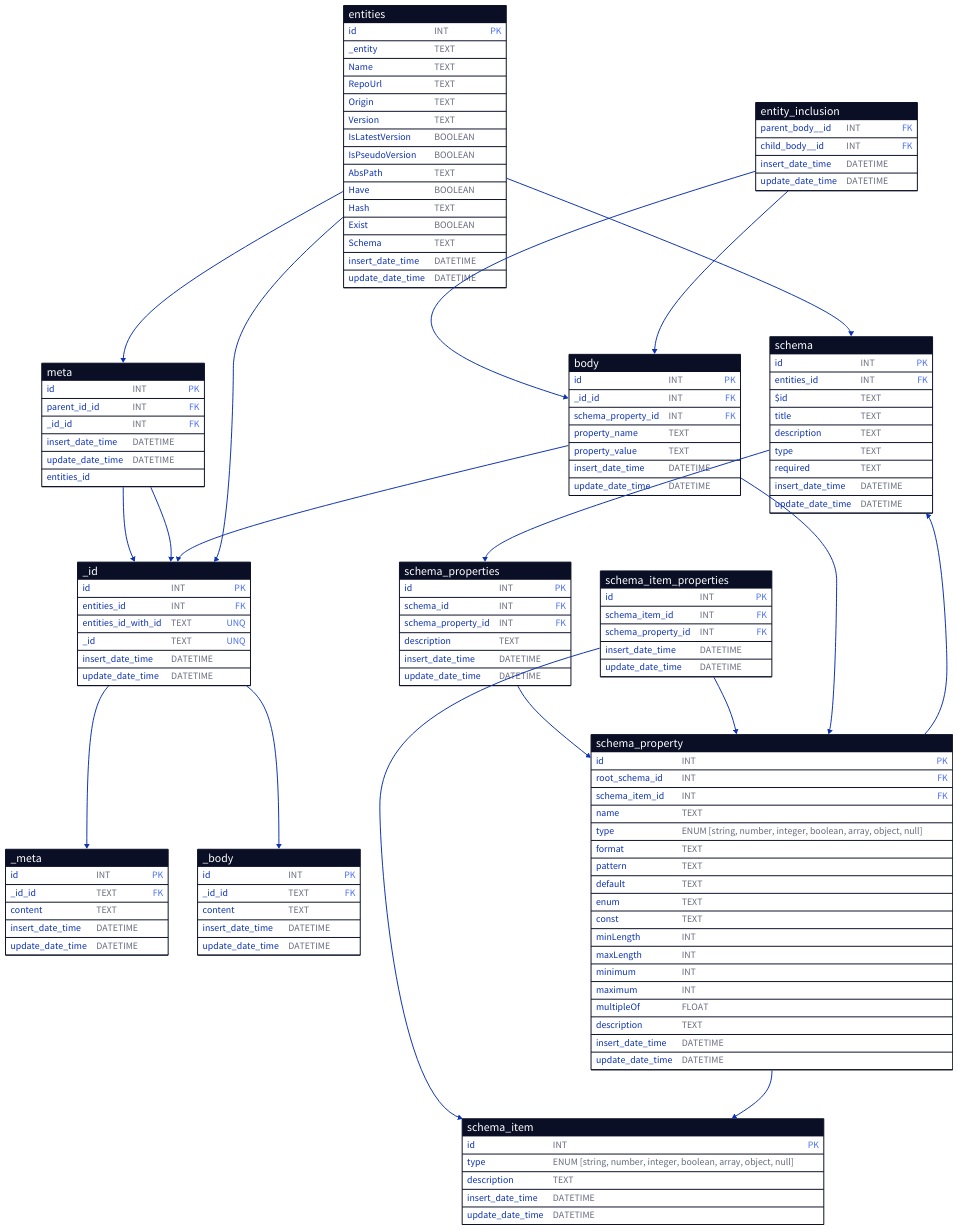
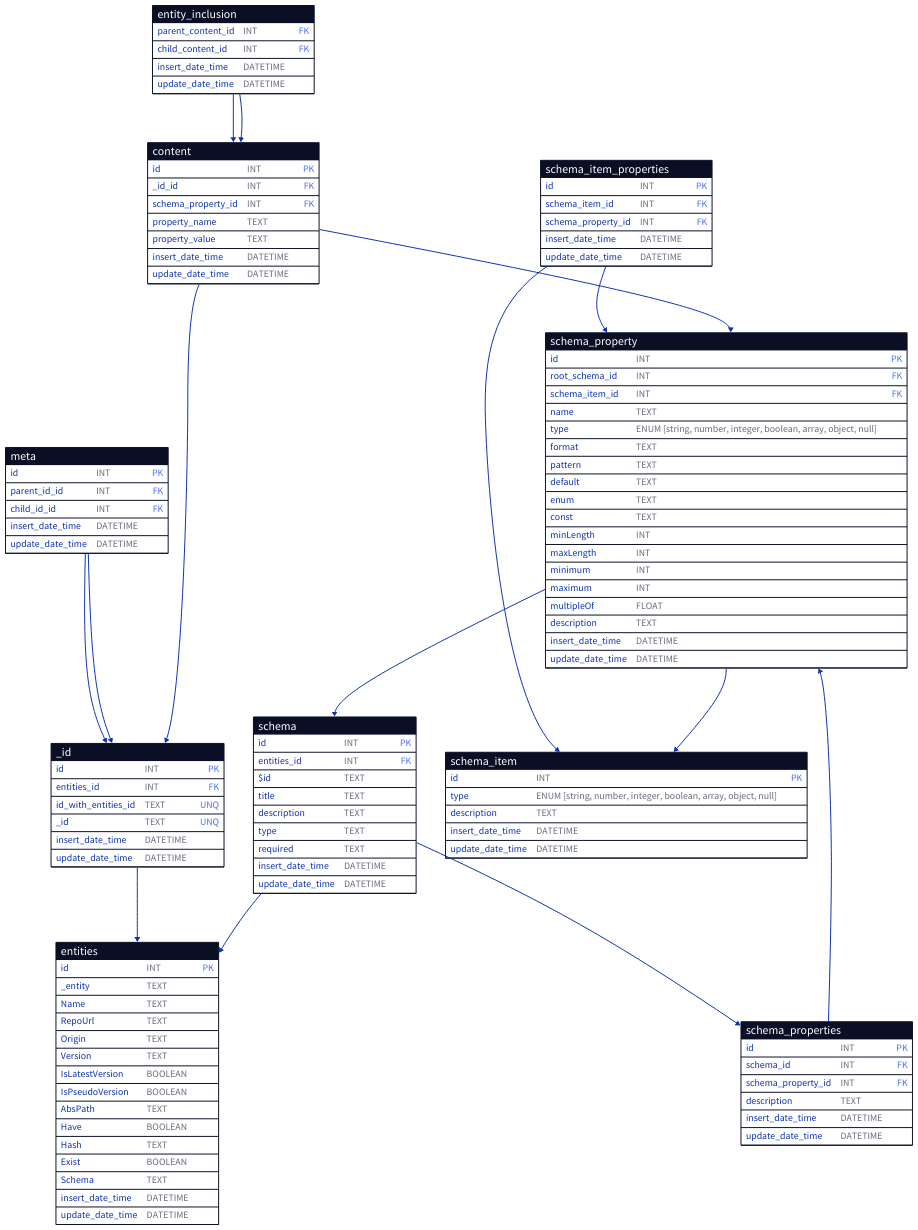
Before and after one commit to AmadlaOrg/YECE: the diagram in .docs/diagram/caching-db-struct.d2, drawn with D2. The commit also changed 2 other files, not shown here.

Commit message:
Added more documentation and restructured the tables in the schema.

```diff
--- a/.docs/diagram/caching-db-struct.d2
+++ b/.docs/diagram/caching-db-struct.d2
@@ -1,162 +1,141 @@
 # TODO: Need to add other schema details like data type, constrains, etc. From the information here we need to be able to regenerate the schema and the .hery file. Maybe add another table for other details from the schema
 
 entities: {
   shape: sql_table
   id: INT {constraint: primary_key}
   _entity: TEXT
   Name: TEXT
   RepoUrl: TEXT
   Origin: TEXT
   Version: TEXT
   IsLatestVersion: BOOLEAN
   IsPseudoVersion: BOOLEAN
   AbsPath: TEXT
   Have: BOOLEAN
   Hash: TEXT
   Exist: BOOLEAN
   Schema: TEXT
   insert_date_time: DATETIME
   update_date_time: DATETIME
 }
 
 _id: {
   shape: sql_table
   id: INT {constraint: primary_key}
   entities_id: INT {constraint: foreign_key}
-  entities_id_with_id: TEXT {constraint: unique}
+  id_with_entities_id: TEXT {constraint: unique}
   _id: TEXT {constraint: unique}
-  insert_date_time: DATETIME
-  update_date_time: DATETIME
-}
-
-_meta: {
-  shape: sql_table
-  id: INT {constraint: primary_key}
-  _id_id: TEXT {constraint: foreign_key}
-  content: TEXT
-  insert_date_time: DATETIME
-  update_date_time: DATETIME
-}
-
-_body: {
-  shape: sql_table
-  id: INT {constraint: primary_key}
-  _id_id: TEXT {constraint: foreign_key}
-  content: TEXT
   insert_date_time: DATETIME
   update_date_time: DATETIME
 }
 
 meta: {
   shape: sql_table
   id: INT {constraint: primary_key}
   parent_id_id: INT {constraint: foreign_key}
-  _id_id: INT {constraint: foreign_key}
+  child_id_id: INT {constraint: foreign_key}
   insert_date_time: DATETIME
   update_date_time: DATETIME
 }
 
-body: {
+content: {
   shape: sql_table
   id: INT {constraint: primary_key}
   _id_id: INT {constraint: foreign_key}
   schema_property_id: INT {constraint: foreign_key}
   property_name: TEXT
   property_value: TEXT
   insert_date_time: DATETIME
   update_date_time: DATETIME
 }
 
 entity_inclusion: {
   shape: sql_table
-  parent_body__id: INT {constraint: foreign_key}
-  child_body__id: INT {constraint: foreign_key}
+  parent_content_id: INT {constraint: foreign_key}
+  child_content_id: INT {constraint: foreign_key}
   insert_date_time: DATETIME
   update_date_time: DATETIME
 }
 
 schema: {
   shape: sql_table
   id: INT {constraint: primary_key}
   entities_id: INT {constraint: foreign_key}
   \$id: TEXT
   title: TEXT
   description: TEXT
   type: TEXT
   required: TEXT
   insert_date_time: DATETIME
   update_date_time: DATETIME
 }
 
 schema_properties: {
   shape: sql_table
   id: INT {constraint: primary_key}
   schema_id: INT {constraint: foreign_key}
   schema_property_id: INT {constraint: foreign_key}
   description: TEXT
   insert_date_time: DATETIME
   update_date_time: DATETIME
 }
 
 schema_property: {
   shape: sql_table
   id: INT {constraint: primary_key}
   root_schema_id: INT {constraint: foreign_key}
   schema_item_id: INT {constraint: foreign_key}
   name: TEXT
   type: ENUM \[string, number, integer, boolean, array, object, null\]
   format: TEXT
   pattern: TEXT
   default: TEXT
   enum: TEXT
   const: TEXT
   minLength: INT
   maxLength: INT
   minimum: INT
   maximum: INT
   multipleOf: FLOAT
   description: TEXT
   insert_date_time: DATETIME
   update_date_time: DATETIME
 }
 
 schema_item_properties: {
   shape: sql_table
   id: INT {constraint: primary_key}
   schema_item_id: INT {constraint: foreign_key}
   schema_property_id: INT {constraint: foreign_key}
   insert_date_time: DATETIME
   update_date_time: DATETIME
 }
 
 schema_item: {
   shape: sql_table
   id: INT {constraint: primary_key}
   type: ENUM \[string, number, integer, boolean, array, object, null\]
   description: TEXT
   insert_date_time: DATETIME
   update_date_time: DATETIME
 }
 
-entities.id -> meta.entities_id
+_id.entities_id -> entities.id
+
 meta.parent_id_id -> _id.id
-meta._id_id -> _id.id
-entities.id -> schema.entities_id
+meta.child_id_id -> _id.id
 
+schema.entities_id -> entities.id
 schema.id -> schema_properties.schema_id
 schema_properties.schema_property_id -> schema_property.id
 schema_item_properties.schema_item_id -> schema_item.id
 schema_item_properties.schema_property_id -> schema_property.id
 schema_property.schema_item_id -> schema_item.id
 
-entity_inclusion.parent_body__id -> body.id
-entity_inclusion.child_body__id -> body.id
+entity_inclusion.parent_content_id -> content.id
+entity_inclusion.child_content_id -> content.id
 
-body._id_id -> _id.id
-body.schema_property_id -> schema_property.id
+content._id_id -> _id.id
+content.schema_property_id -> schema_property.id
 
 schema_property.root_schema_id -> schema.id
-
-entities.id -> _id.entities_id
-_id.id -> _meta._id_id
-_id.id -> _body._id_id
```
